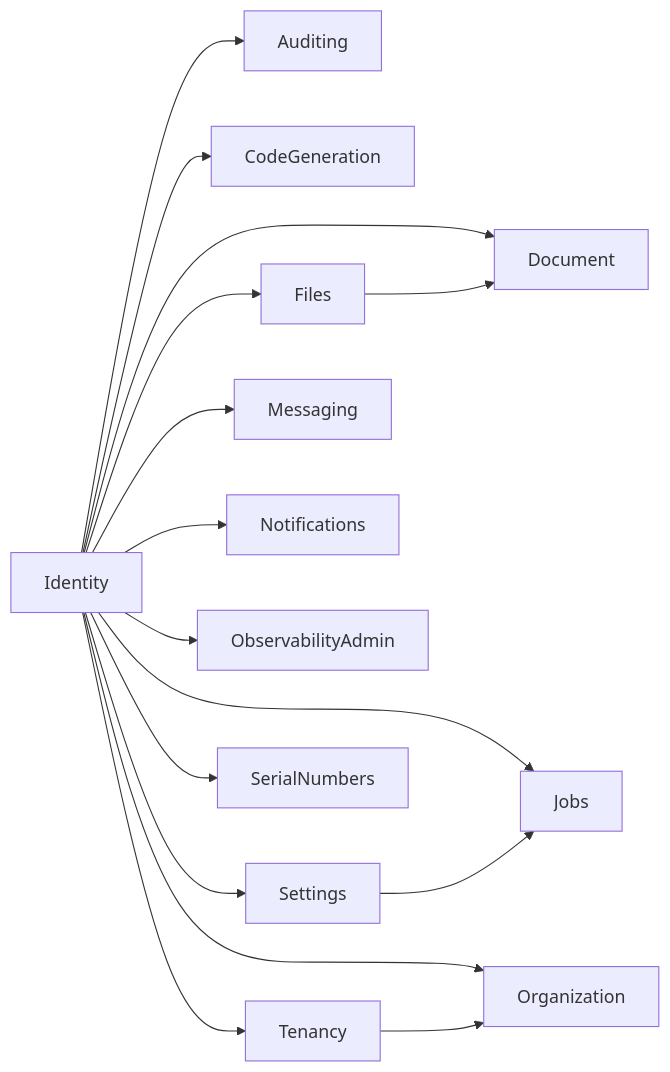
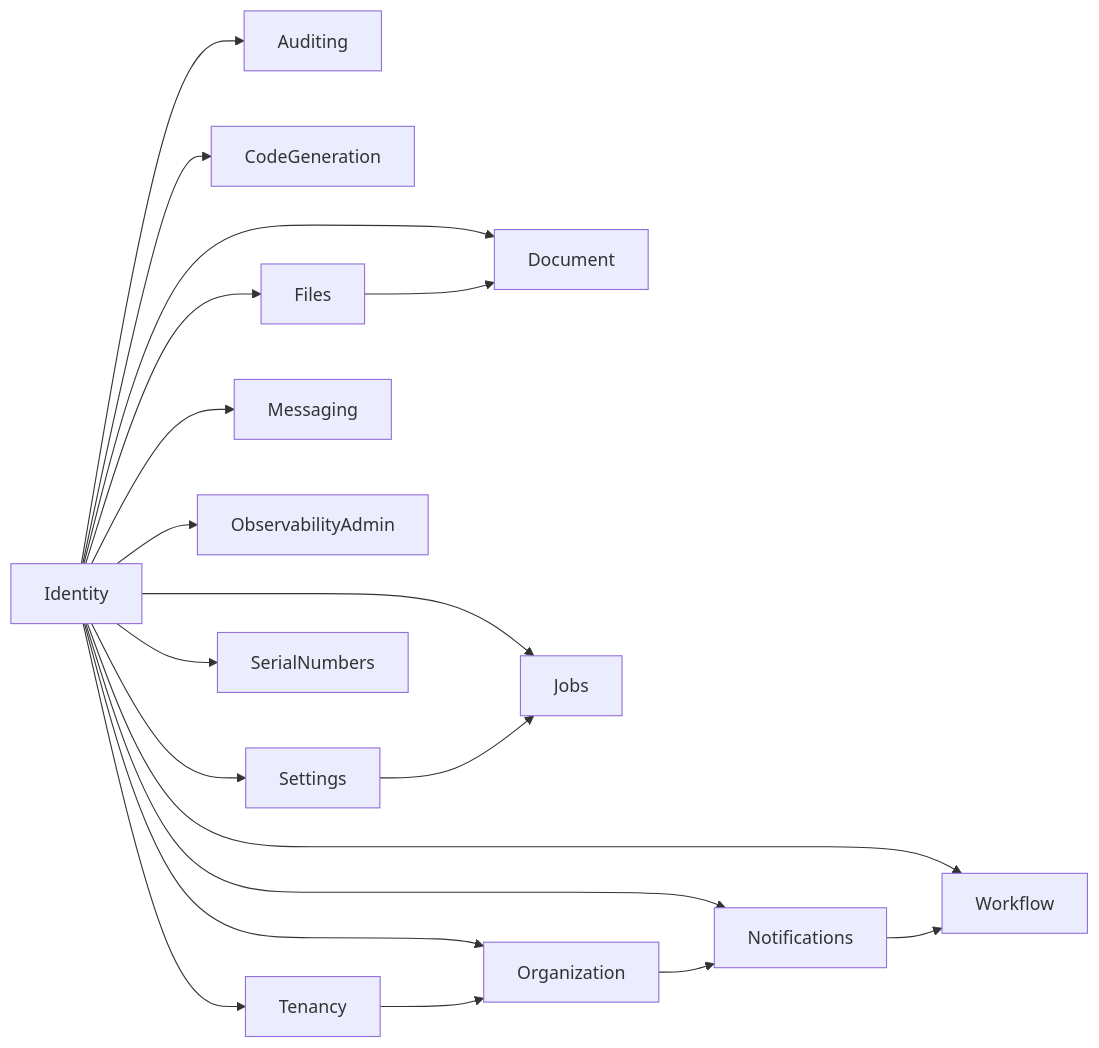
One commit to yan041108/Full.NET changed the diagram in docs/operations/module-dependency-graph.mmd. Above: the diagram before and after it, drawn with Mermaid. The commit also changed 24 other files, not shown here.

Commit message:
fix: harden architecture and notification boundaries

```diff
--- a/docs/operations/module-dependency-graph.mmd
+++ b/docs/operations/module-dependency-graph.mmd
@@ -1,18 +1,21 @@
 %% 自动生成：pnpm run generate:module-dependency-graph
 %% 源：src/Modules/*Module.cs IFullNetModule.Dependencies
 flowchart LR
   Identity --> Auditing
   Identity --> CodeGeneration
   Identity --> Document
   Files --> Document
   Identity --> Files
   Identity --> Jobs
   Settings --> Jobs
   Identity --> Messaging
   Identity --> Notifications
+  Organization --> Notifications
   Identity --> ObservabilityAdmin
   Identity --> Organization
   Tenancy --> Organization
   Identity --> SerialNumbers
   Identity --> Settings
   Identity --> Tenancy
+  Identity --> Workflow
+  Notifications --> Workflow
```
